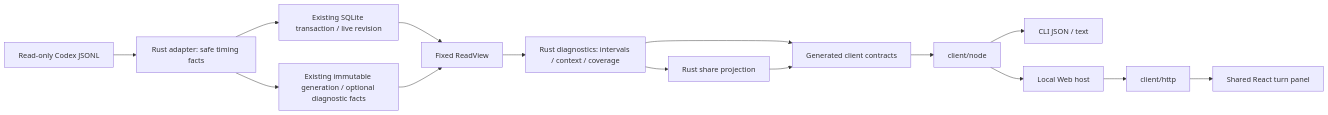
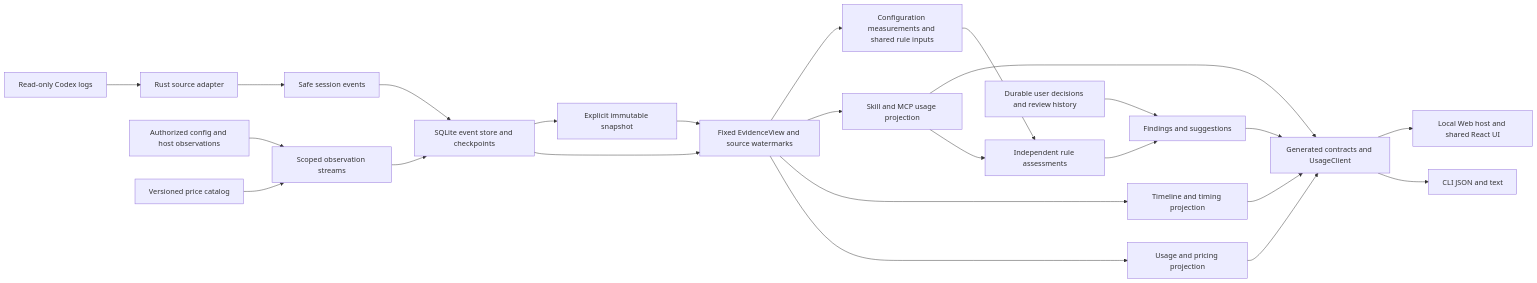
One commit to wangyan9110/wombat changed the diagram in docs/decisions/proposed/architecture/2026-10-04-codex-task-timing.en.md. Above: the diagram before and after it, drawn with Mermaid. The commit also changed other lines of this file and 9 other files, not shown here.

Commit message:
docs: plan unified event timing and rule upgrade

````diff
--- a/docs/decisions/proposed/architecture/2026-10-04-codex-task-timing.en.md
+++ b/docs/decisions/proposed/architecture/2026-10-04-codex-task-timing.en.md
@@ -235,17 +241,26 @@
 ```mermaid
 flowchart LR
-  R[Read-only Codex JSONL] --> A[Rust adapter: safe timing facts]
-  A --> I[Existing SQLite transaction / live revision]
-  A --> S[Existing immutable generation / optional diagnostic facts]
-  I --> V[Fixed ReadView]
+  R[Read-only Codex logs] --> A[Rust source adapter]
+  A --> E[Safe session events]
+  O[Authorized config and host observations] --> X[Scoped observation streams]
+  P[Versioned price catalog] --> X
+  E --> I[SQLite event store and checkpoints]
+  X --> I
+  I --> V[Fixed EvidenceView and source watermarks]
+  I --> S[Explicit immutable snapshot]
   S --> V
-  V --> D[Rust diagnostics: intervals / context / coverage]
-  D --> P[Rust share projection]
-  D --> C[Generated client contracts]
-  P --> C
-  C --> N[client/node]
-  N --> L[CLI JSON / text]
-  N --> W[Local Web host]
-  W --> H[client/http]
-  H --> U[Shared React turn panel]
+  V --> U[Usage and pricing projection]
+  V --> T[Timeline and timing projection]
+  V --> K[Skill and MCP usage projection]
+  V --> Q[Configuration measurements and shared rule inputs]
+  Q --> F[Independent rule assessments]
+  K --> F
+  F --> N[Findings and suggestions]
+  J[Durable user decisions and review history] --> N
+  N --> C
+  U --> C[Generated contracts and UsageClient]
+  T --> C
+  K --> C
+  C --> L[CLI JSON and text]
+  C --> W[Local Web host and shared React UI]
 ```
````
